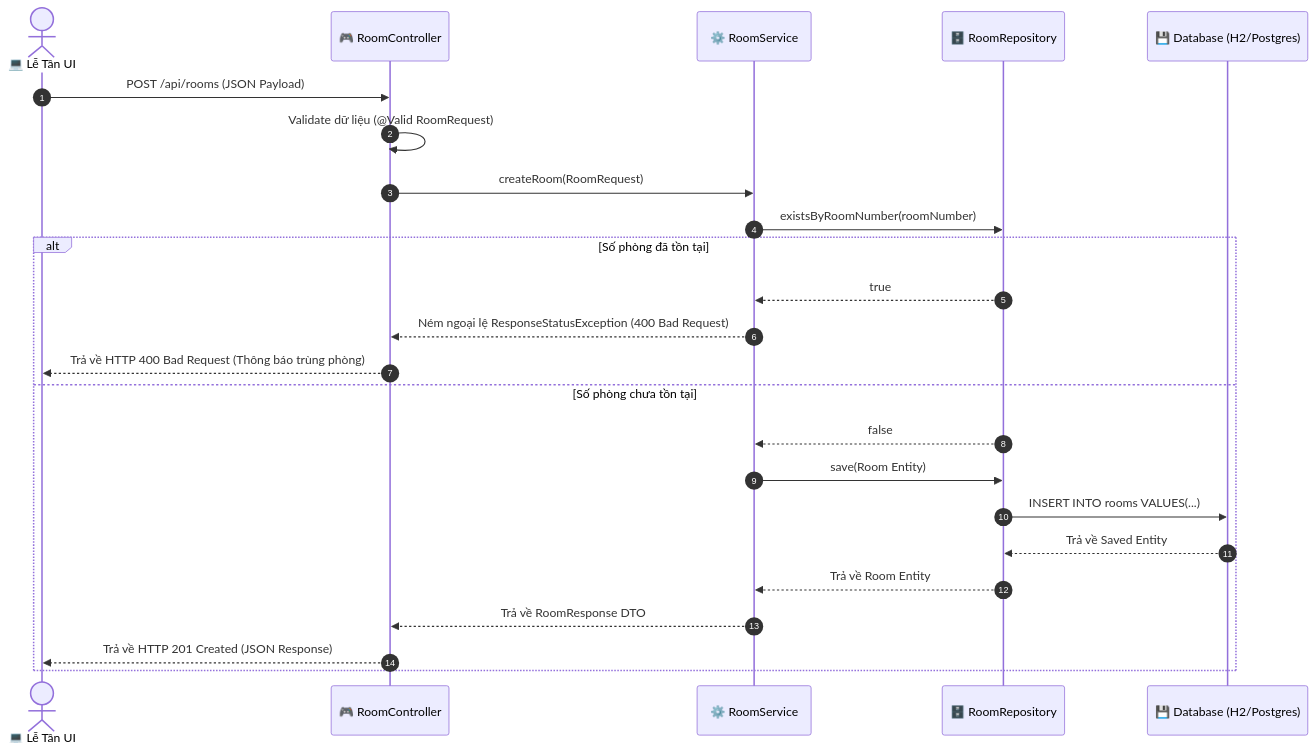
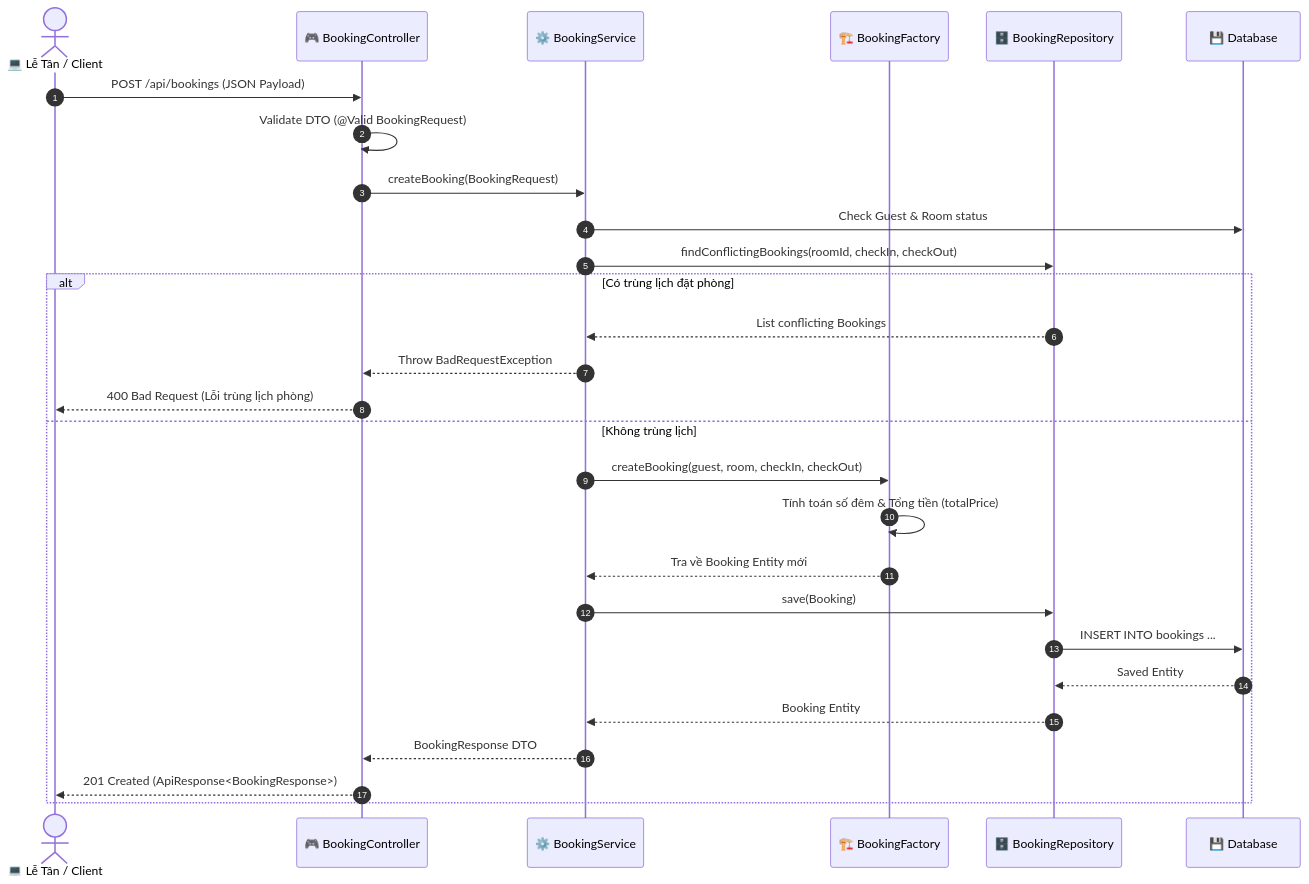
Before and after one commit to DragonGod655/LTUD: the third of 3 diagrams in README.md, drawn with Mermaid. The commit also changed other lines of this file and 115 other files, not shown here.

````diff
--- a/README.md
+++ b/README.md
@@ -209,27 +163,31 @@
 ```mermaid
 sequenceDiagram
     autonumber
-    actor LT as 💻 Lễ Tân UI
-    participant CTL as 🎮 RoomController
-    participant SVC as ⚙️ RoomService
-    participant REPO as 🗄️ RoomRepository
-    participant DB as 💾 Database (H2/Postgres)
+    actor Client as 💻 Lễ Tân / Client
+    participant Controller as 🎮 BookingController
+    participant Service as ⚙️ BookingService
+    participant Factory as 🏗️ BookingFactory
+    participant Repo as 🗄️ BookingRepository
+    participant DB as 💾 Database
 
-    LT->>CTL: POST /api/rooms (JSON Payload)
-    CTL->>CTL: Validate dữ liệu (@Valid RoomRequest)
-    CTL->>SVC: createRoom(RoomRequest)
-    SVC->>REPO: existsByRoomNumber(roomNumber)
-    alt Số phòng đã tồn tại
-        REPO-->>SVC: true
-        SVC-->>CTL: Ném ngoại lệ ResponseStatusException (400 Bad Request)
-        CTL-->>LT: Trả về HTTP 400 Bad Request (Thông báo trùng phòng)
-    else Số phòng chưa tồn tại
-        REPO-->>SVC: false
-        SVC->>REPO: save(Room Entity)
-        REPO->>DB: INSERT INTO rooms VALUES(...)
-        DB-->>REPO: Trả về Saved Entity
-        REPO-->>SVC: Trả về Room Entity
-        SVC-->>CTL: Trả về RoomResponse DTO
-        CTL-->>LT: Trả về HTTP 201 Created (JSON Response)
+    Client->>Controller: POST /api/bookings (JSON Payload)
+    Controller->>Controller: Validate DTO (@Valid BookingRequest)
+    Controller->>Service: createBooking(BookingRequest)
+    Service->>DB: Check Guest & Room status
+    Service->>Repo: findConflictingBookings(roomId, checkIn, checkOut)
+    alt Có trùng lịch đặt phòng
+        Repo-->>Service: List conflicting Bookings
+        Service-->>Controller: Throw BadRequestException
+        Controller-->>Client: 400 Bad Request (Lỗi trùng lịch phòng)
+    else Không trùng lịch
+        Service->>Factory: createBooking(guest, room, checkIn, checkOut)
+        Factory->>Factory: Tính toán số đêm & Tổng tiền (totalPrice)
+        Factory-->>Service: Tra về Booking Entity mới
+        Service->>Repo: save(Booking)
+        Repo->>DB: INSERT INTO bookings ...
+        DB-->>Repo: Saved Entity
+        Repo-->>Service: Booking Entity
+        Service-->>Controller: BookingResponse DTO
+        Controller-->>Client: 201 Created (ApiResponse<BookingResponse>)
     end
 ```
````
